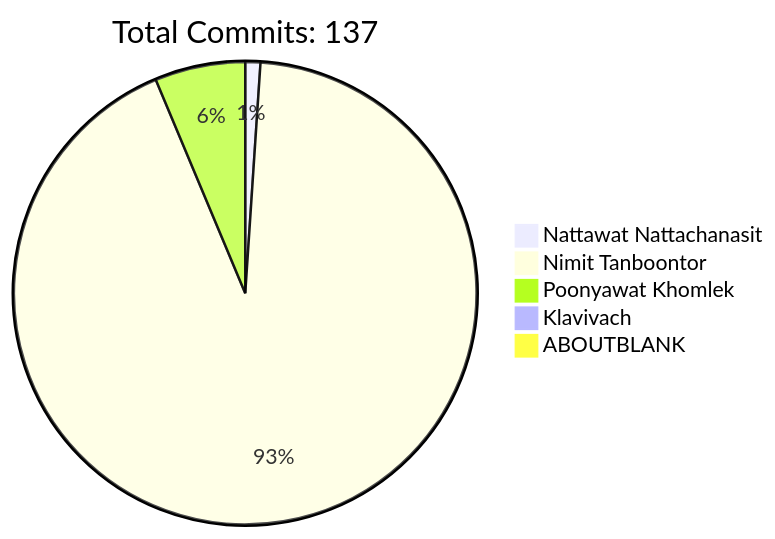
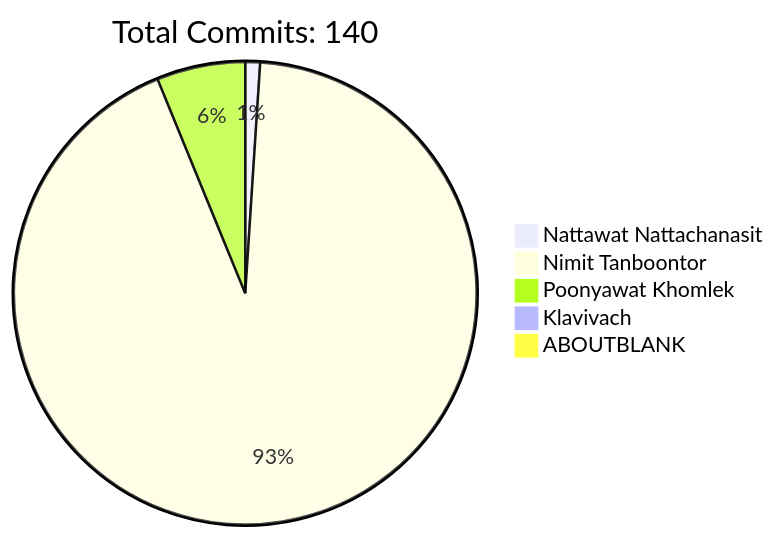
Before and after one commit to HLLC-MFU/HLLC-2025: the diagram in README.md, drawn with Mermaid. The commit also changed other lines of this file, not shown here.

````diff
--- a/README.md
+++ b/README.md
@@ -170,9 +170,9 @@
 ```mermaid
 pie
-    title Total Commits: 137
+    title Total Commits: 140
     "Nattawat Nattachanasit" : 1
-    "Nimit Tanboontor" : 88
+    "Nimit Tanboontor" : 90
     "Poonyawat Khomlek" : 6
     "Klavivach" : 0
     "ABOUTBLANK" : 0
 ```
````
